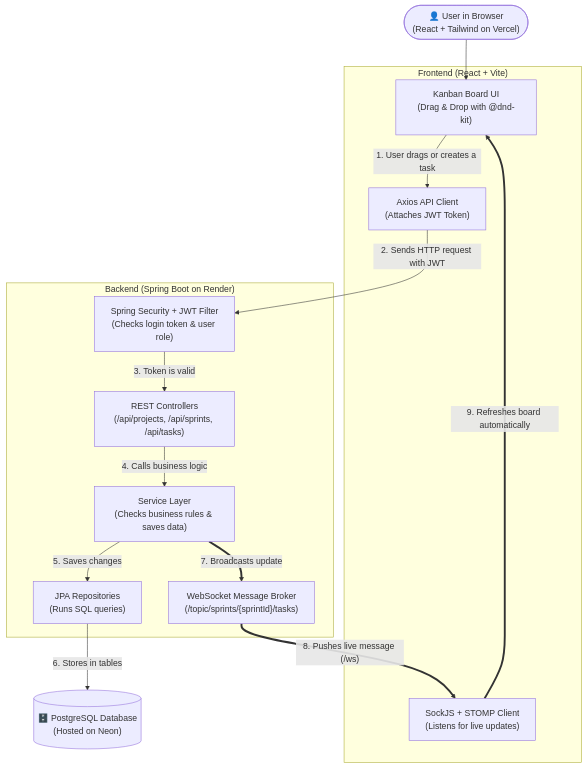
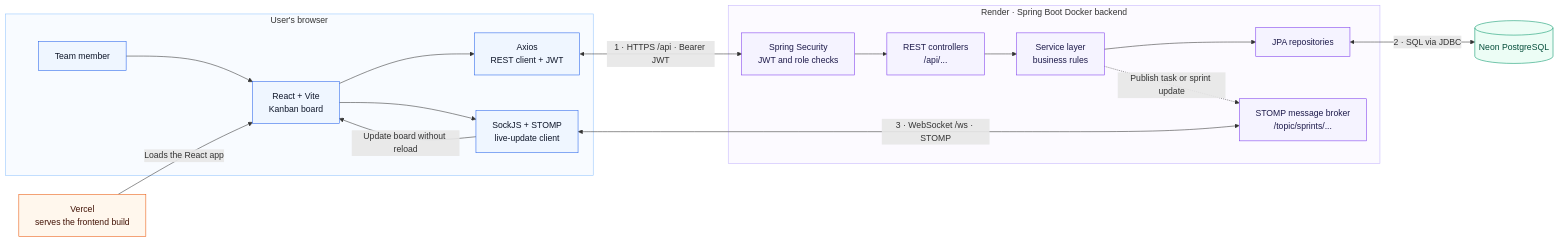
Before and after one commit to JanickVision27/Task-Sprint-Tracker: the first of 2 diagrams in README.md, drawn with Mermaid. The commit also changed other lines of this file, not shown here.

Commit message:
docs: streamline DevOps and clarify architecture diagram

````diff
--- a/README.md
+++ b/README.md
@@ -38,31 +38,37 @@
 ```mermaid
-flowchart TD
-    User(["👤 User in Browser\n(React + Tailwind on Vercel)"])
-    
-    subgraph Frontend ["Frontend (React + Vite)"]
-        Board["Kanban Board UI\n(Drag & Drop with @dnd-kit)"]
-        Axios["Axios API Client\n(Attaches JWT Token)"]
-        WSClient["SockJS + STOMP Client\n(Listens for live updates)"]
+flowchart LR
+    subgraph Browser["User's browser"]
+        User["Team member"] --> UI["React + Vite<br/>Kanban board"]
+        UI --> Axios["Axios<br/>REST client + JWT"]
+        UI --> WSClient["SockJS + STOMP<br/>live-update client"]
+        WSClient -->|"Update board without reload"| UI
     end
 
-    subgraph Backend ["Backend (Spring Boot on Render)"]
-        Security["Spring Security + JWT Filter\n(Checks login token & user role)"]
-        Controller["REST Controllers\n(/api/projects, /api/sprints, /api/tasks)"]
-        Service["Service Layer\n(Checks business rules & saves data)"]
-        WSBroker["WebSocket Message Broker\n(/topic/sprints/{sprintId}/tasks)"]
-        Repository["JPA Repositories\n(Runs SQL queries)"]
+    Vercel["Vercel<br/>serves the frontend build"] -->|"Loads the React app"| UI
+
+    subgraph Backend["Render · Spring Boot Docker backend"]
+        Security["Spring Security<br/>JWT and role checks"]
+        Controllers["REST controllers<br/>/api/..."]
+        Services["Service layer<br/>business rules"]
+        Repositories["JPA repositories"]
+        Broker["STOMP message broker<br/>/topic/sprints/..."]
+        Security --> Controllers --> Services --> Repositories
+        Services -.->|"Publish task or sprint update"| Broker
     end
 
-    DB[("🗄️ PostgreSQL Database\n(Hosted on Neon)")]
+    Neon[("Neon PostgreSQL")]
+    Axios <-->|"1 · HTTPS /api · Bearer JWT"| Security
+    Repositories <-->|"2 · SQL via JDBC"| Neon
+    WSClient <-->|"3 · WebSocket /ws · STOMP"| Broker
 
-    User --> Board
-    Board -->|"1. User drags or creates a task"| Axios
-    Axios -->|"2. Sends HTTP request with JWT"| Security
-    Security -->|"3. Token is valid"| Controller
-    Controller -->|"4. Calls business logic"| Service
-    Service -->|"5. Saves changes"| Repository
-    Repository -->|"6. Stores in tables"| DB
-    Service ==>|"7. Broadcasts update"| WSBroker
-    WSBroker ==>|"8. Pushes live message (/ws)"| WSClient
-    WSClient ==>|"9. Refreshes board automatically"| Board
+    classDef browserNode fill:#eff6ff,stroke:#2563eb,stroke-width:1px,color:#0f172a
+    classDef platformNode fill:#fff7ed,stroke:#ea580c,stroke-width:1px,color:#431407
+    classDef backendNode fill:#f5f3ff,stroke:#7c3aed,stroke-width:1px,color:#1e1b4b
+    classDef databaseNode fill:#ecfdf5,stroke:#059669,stroke-width:1px,color:#064e3b
+    class User,UI,Axios,WSClient browserNode
+    class Vercel platformNode
+    class Security,Controllers,Services,Repositories,Broker backendNode
+    class Neon databaseNode
+    style Browser fill:#f8fbff,stroke:#93c5fd
+    style Backend fill:#fcfaff,stroke:#c4b5fd
 ```
````
